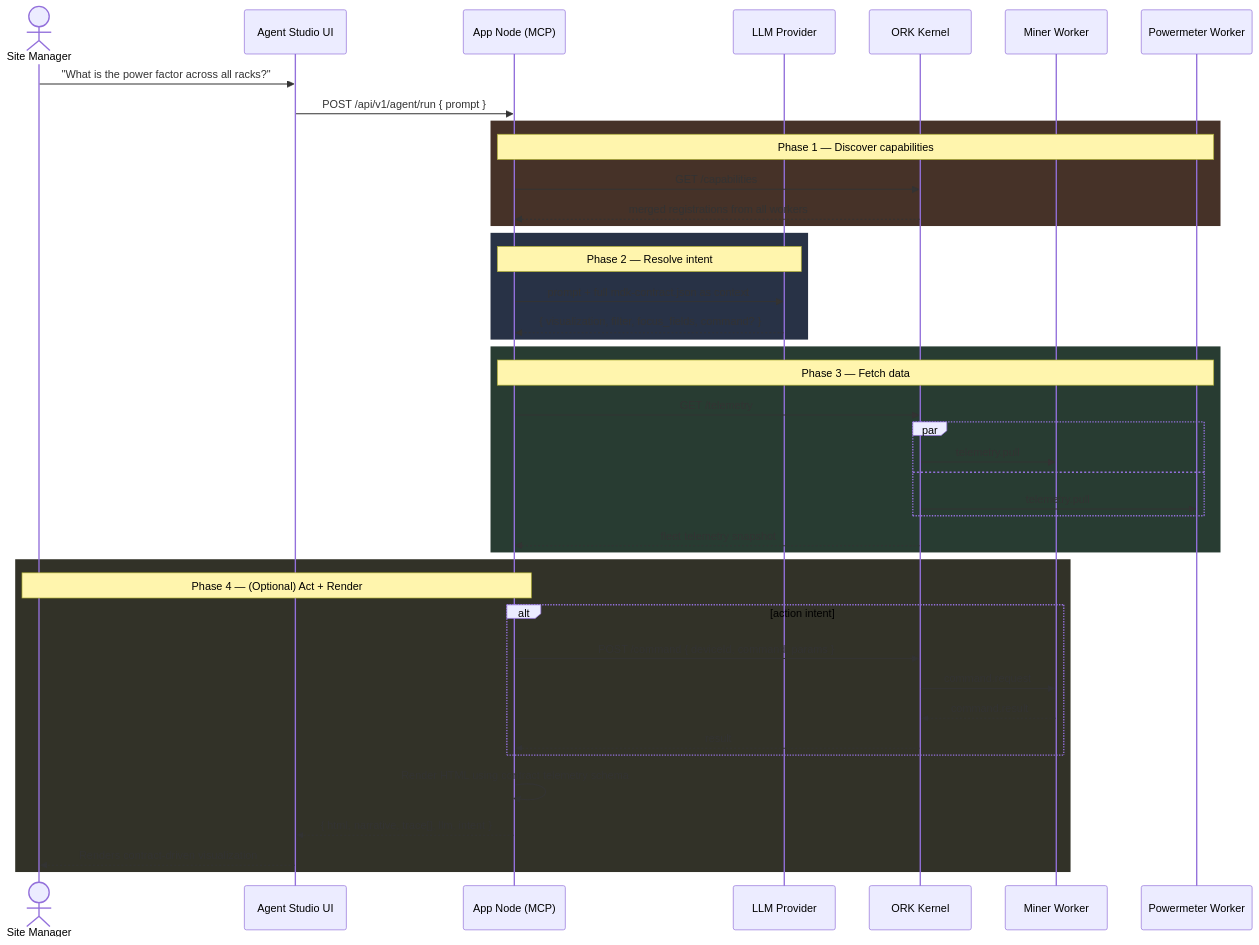
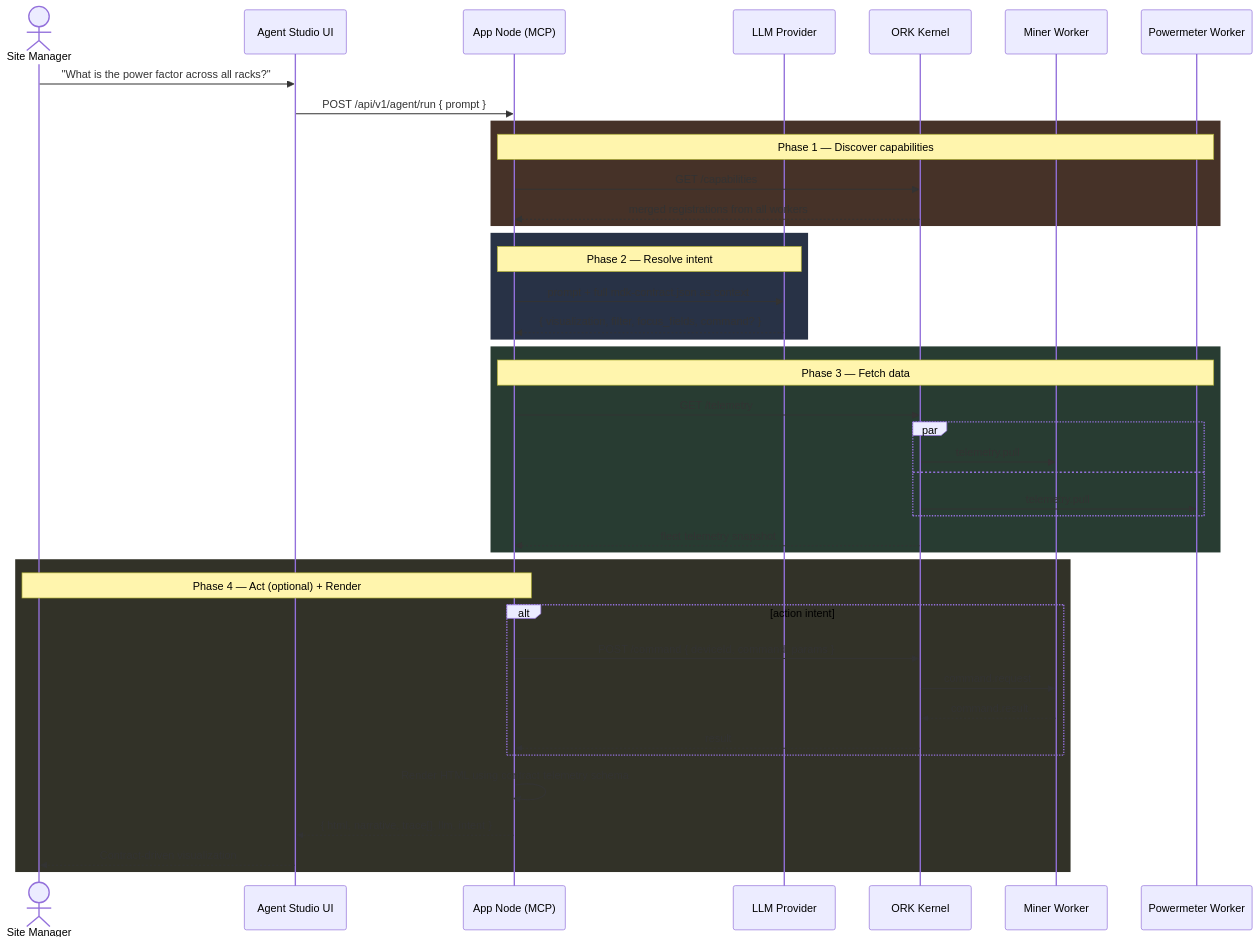
One commit to Gio-Galt/mdk-be changed the third of 3 diagrams in docs/hld-agentic-framework.md. Above: the diagram before and after it, drawn with Mermaid. The commit also changed other lines of this file and 8 other files, not shown here.

````diff
--- a/docs/hld-agentic-framework.md
+++ b/docs/hld-agentic-framework.md
@@ -177,49 +217,49 @@
 ```mermaid
 sequenceDiagram
     actor Op as Site Manager
     participant UI as Agent Studio UI
     participant AN as App Node (MCP)
     participant LLM as LLM Provider
     participant ORK as ORK Kernel
     participant W1 as Miner Worker
     participant W2 as Powermeter Worker
 
     Op->>UI: "What is the power factor across all racks?"
     UI->>AN: POST /api/v1/agent/run { prompt }
 
     rect rgb(70, 50, 40)
     Note over AN,W2: Phase 1 — Discover capabilities
     AN->>ORK: GET /capabilities
     ORK-->>AN: merged registrations from all workers
     end
 
     rect rgb(40, 50, 70)
     Note over AN,LLM: Phase 2 — Resolve intent
     AN->>LLM: prompt + full mdk-contract.json as context
     LLM-->>AN: { visualization, filter, focus_fields, command? }
     end
 
     rect rgb(40, 60, 50)
     Note over AN,W2: Phase 3 — Fetch data
     AN->>ORK: GET /telemetry
     par
         ORK->>W1: telemetry.pull
     and
         ORK->>W2: telemetry.pull
     end
     ORK-->>AN: fleet telemetry snapshot
     end
 
     rect rgb(50, 50, 40)
-    Note over AN,Op: Phase 4 — (Optional) Act + Render
+    Note over AN,Op: Phase 4 — Act (optional) + Render
     alt action intent
         AN->>ORK: POST /command { deviceId, command, params }
         ORK->>W1: command.request
         W1-->>ORK: command.result
         ORK-->>AN: result
     end
     AN->>AN: Render HTML using contract telemetry schema
     AN-->>UI: { html, narrative, trace[], llm, intent }
-    UI-->>Op: Renders contract-driven visualization
+    UI-->>Op: Contract-driven visualization
     end
 ```
````
